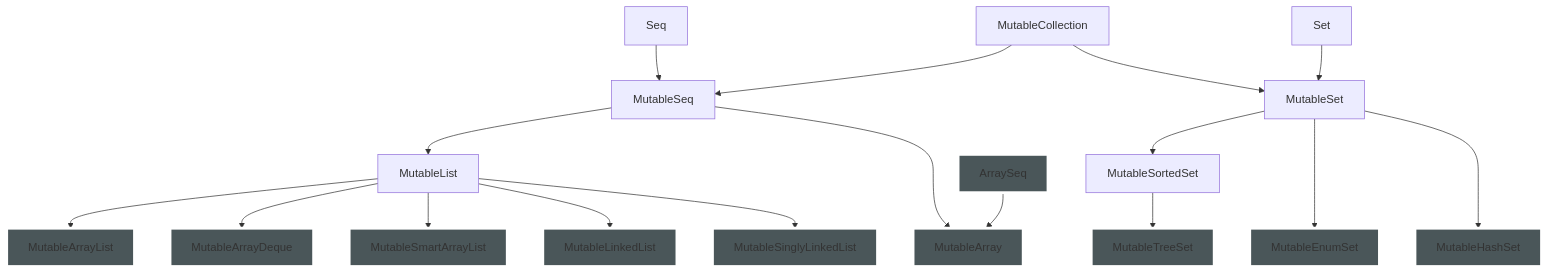
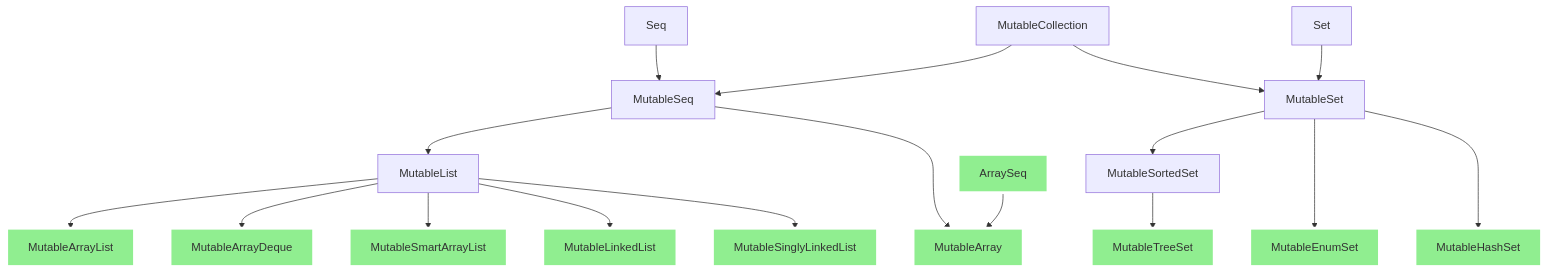
Before and after one commit to Glavo/kala-common: the third of 3 diagrams in docs/Tutorial.md, drawn with Mermaid. The commit also changed other lines of this file, not shown here.

````diff
--- a/docs/Tutorial.md
+++ b/docs/Tutorial.md
@@ -68,24 +68,24 @@
 ```mermaid
 graph TD;
   Seq --> MutableSeq;
   MutableCollection --> MutableSeq;
   MutableSeq --> MutableList;
   Set --> MutableSet;
   MutableCollection --> MutableSet;
   MutableSet --> MutableSortedSet;
   
   MutableSeq ---> MutableArray;
   MutableList --> MutableArrayList;
   MutableList --> MutableArrayDeque;
   MutableList --> MutableSmartArrayList;
   MutableList --> MutableLinkedList;
   MutableList --> MutableSinglyLinkedList;
   ArraySeq --> MutableArray;
   MutableSet ---> MutableEnumSet;
   MutableSet ---> MutableHashSet;
   MutableSortedSet --> MutableTreeSet;
   
   
-  classDef impl fill: #4a5659, stroke: #fff, stroke-width: 4px;
+  classDef impl fill: #90EE90, stroke: #fff, stroke-width: 4px;
   class ArraySeq,MutableArray,MutableArrayList,MutableArrayDeque,MutableSmartArrayList,MutableLinkedList,MutableSinglyLinkedList,MutableEnumSet,MutableHashSet,MutableTreeSet impl;
 ```
````
